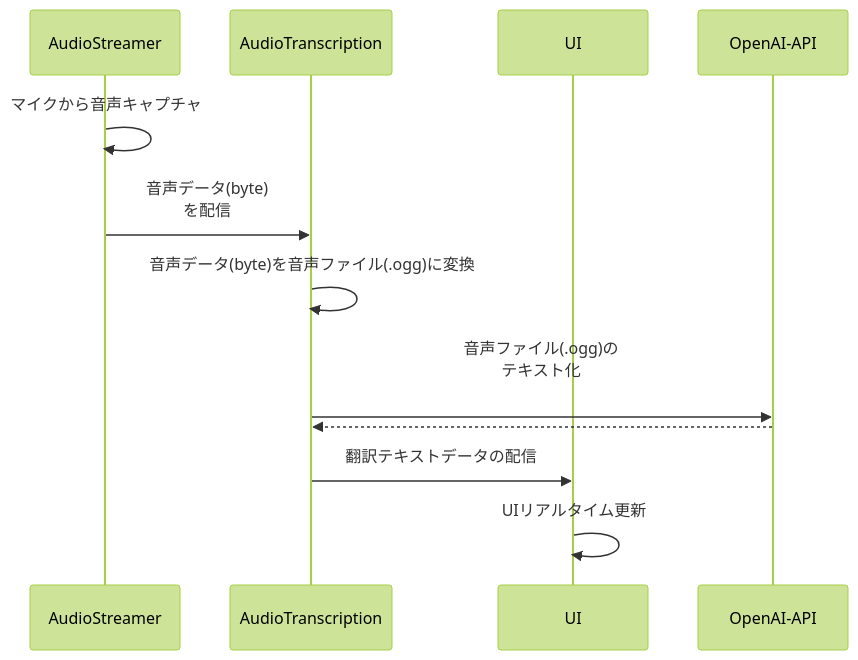
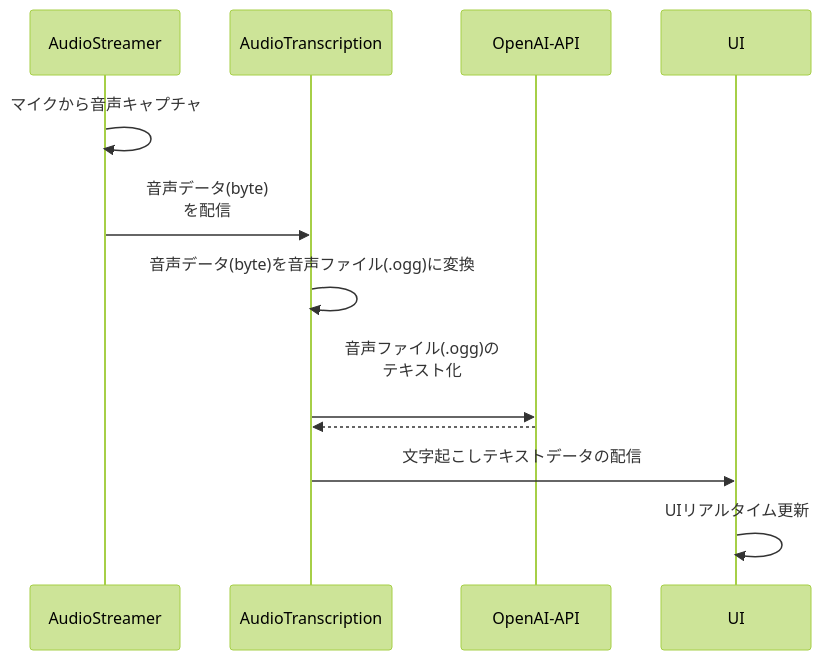
The diagram in README.md (oshou/audio-transcription), drawn with Mermaid (forest theme) before and after one commit. The commit also changed other lines of this file, not shown here.

````diff
--- a/README.md
+++ b/README.md
@@ -48,15 +48,15 @@
 ```mermaid
 sequenceDiagram
   participant ASClient as AudioStreamer
   participant AT as AudioTranscription
+  participant OpenAI-API as OpenAI-API
   participant UI as UI
-  participant OpenAI-API as OpenAI-API
 
   ASClient->>ASClient: マイクから音声キャプチャ
   ASClient->>AT: 音声データ(byte)<br/>を配信
   AT->>AT: 音声データ(byte)を音声ファイル(.ogg)に変換
   AT->>OpenAI-API: 音声ファイル(.ogg)の<br/>テキスト化<br/>
   OpenAI-API-->>AT:　
-  AT->>UI: 翻訳テキストデータの配信
+  AT->>UI: 文字起こしテキストデータの配信
   UI->>UI: UIリアルタイム更新
 ```
````
